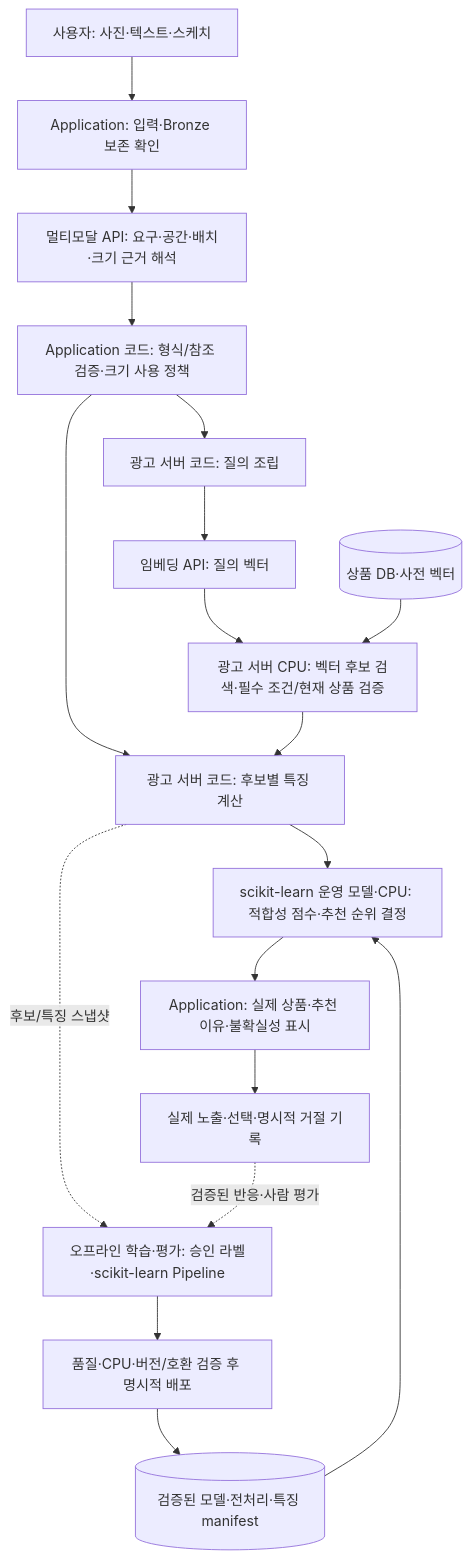
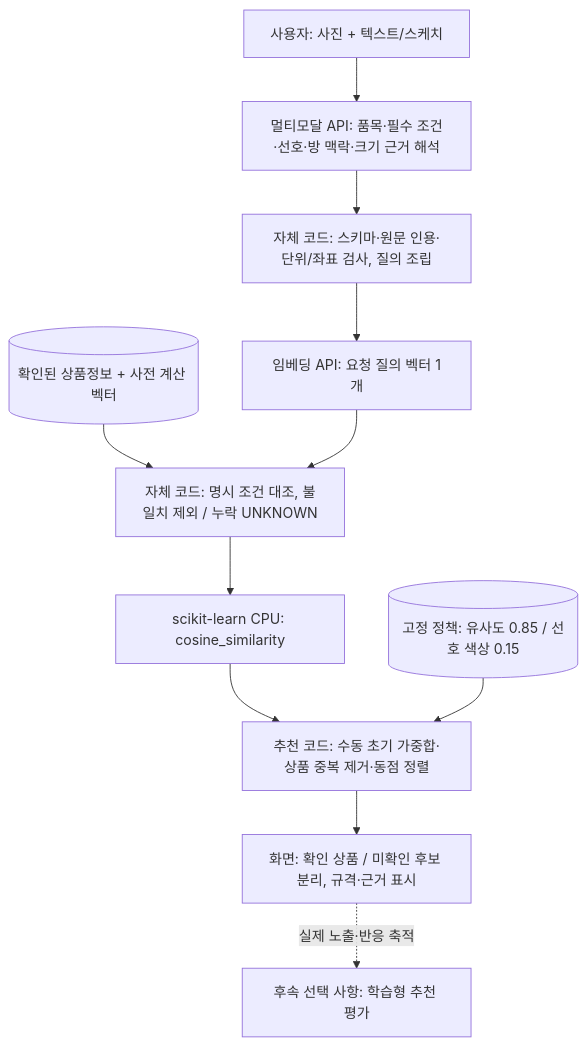
The first of 2 diagrams in docs/design/12-direct-recommendation.md (encore-ai-campus/mlo-01-p3-team3), drawn with Mermaid before and after one commit. The commit also changed other lines of this file and 79 other files, not shown here.

````diff
--- a/docs/design/12-direct-recommendation.md
+++ b/docs/design/12-direct-recommendation.md
@@ -15,20 +15,13 @@
 ```mermaid
 flowchart TD
-    U["사용자: 사진·텍스트·스케치"] --> S["Application: 입력·Bronze 보존 확인"]
-    S --> M["멀티모달 API: 요구·공간·배치·크기 근거 해석"]
-    M --> C["Application 코드: 형식/참조 검증·크기 사용 정책"]
-    C --> Q["광고 서버 코드: 질의 조립"]
-    Q --> E["임베딩 API: 질의 벡터"]
-    E --> F["광고 서버 CPU: 벡터 후보 검색·필수 조건/현재 상품 검증"]
-    P[("상품 DB·사전 벡터")] --> F
-    C --> X["광고 서버 코드: 후보별 특징 계산"]
-    F --> X
-    X --> R["scikit-learn 운영 모델·CPU: 적합성 점수·추천 순위 결정"]
-    A[("검증된 모델·전처리·특징 manifest")] --> R
-    R --> V["Application: 실제 상품·추천 이유·불확실성 표시"]
-    V --> B["실제 노출·선택·명시적 거절 기록"]
-    X -. "후보/특징 스냅샷" .-> D["오프라인 학습·평가: 승인 라벨·scikit-learn Pipeline"]
-    B -. "검증된 반응·사람 평가" .-> D
-    D --> T["품질·CPU·버전/호환 검증 후 명시적 배포"]
-    T --> A
+    U["사용자: 사진 + 텍스트/스케치"] --> M["멀티모달 API: 품목·필수 조건·선호·방 맥락·크기 근거 해석"]
+    M --> C["자체 코드: 스키마·원문 인용·단위/좌표 검사, 질의 조립"]
+    C --> E["임베딩 API: 요청 질의 벡터 1개"]
+    P[("확인된 상품정보 + 사전 계산 벡터")] --> F
+    E --> F["자체 코드: 명시 조건 대조, 불일치 제외 / 누락 UNKNOWN"]
+    F --> S["scikit-learn CPU: cosine_similarity"]
+    S --> R["추천 코드: 수동 초기 가중합·상품 중복 제거·동점 정렬"]
+    W[("고정 정책: 유사도 0.85 / 선호 색상 0.15")] --> R
+    R --> V["화면: 확인 상품 / 미확인 후보 분리, 규격·근거 표시"]
+    V -. "실제 노출·반응 축적" .-> L["후속 선택 사항: 학습형 추천 평가"]
 ```
````
